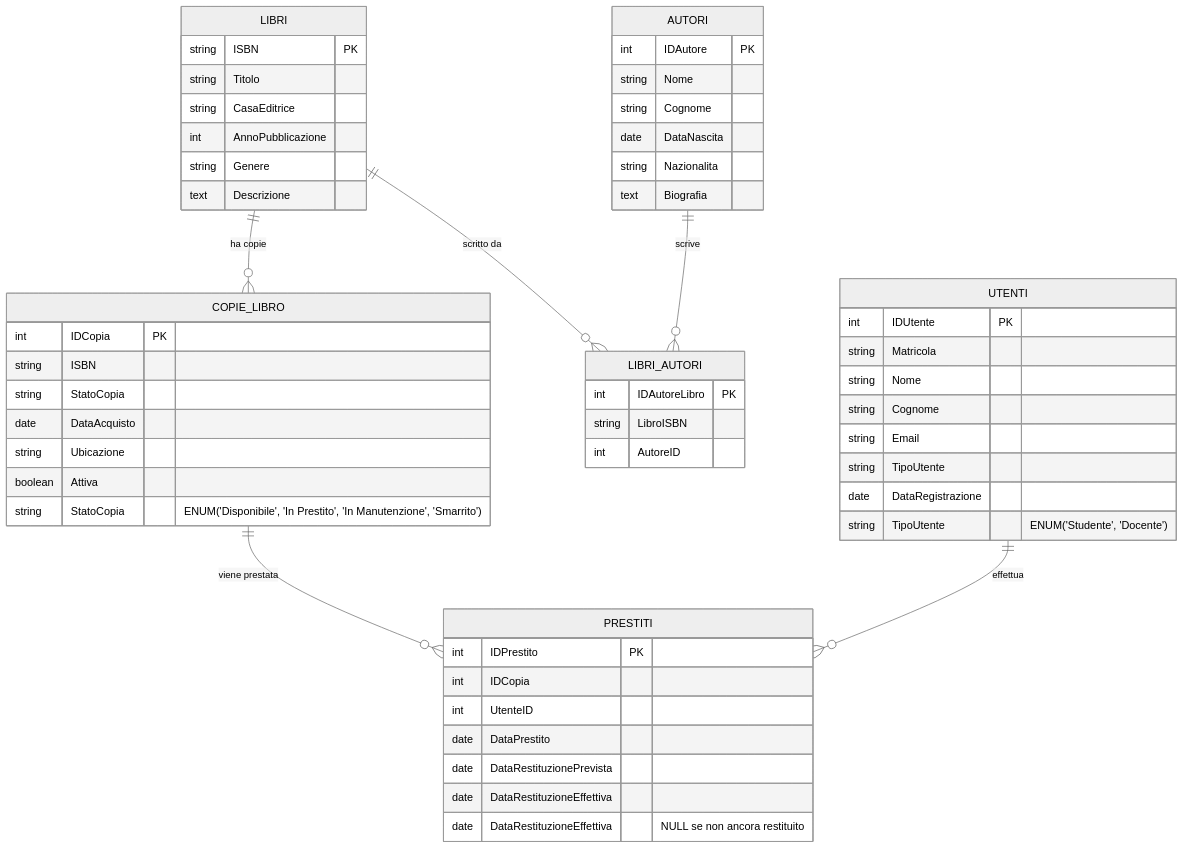
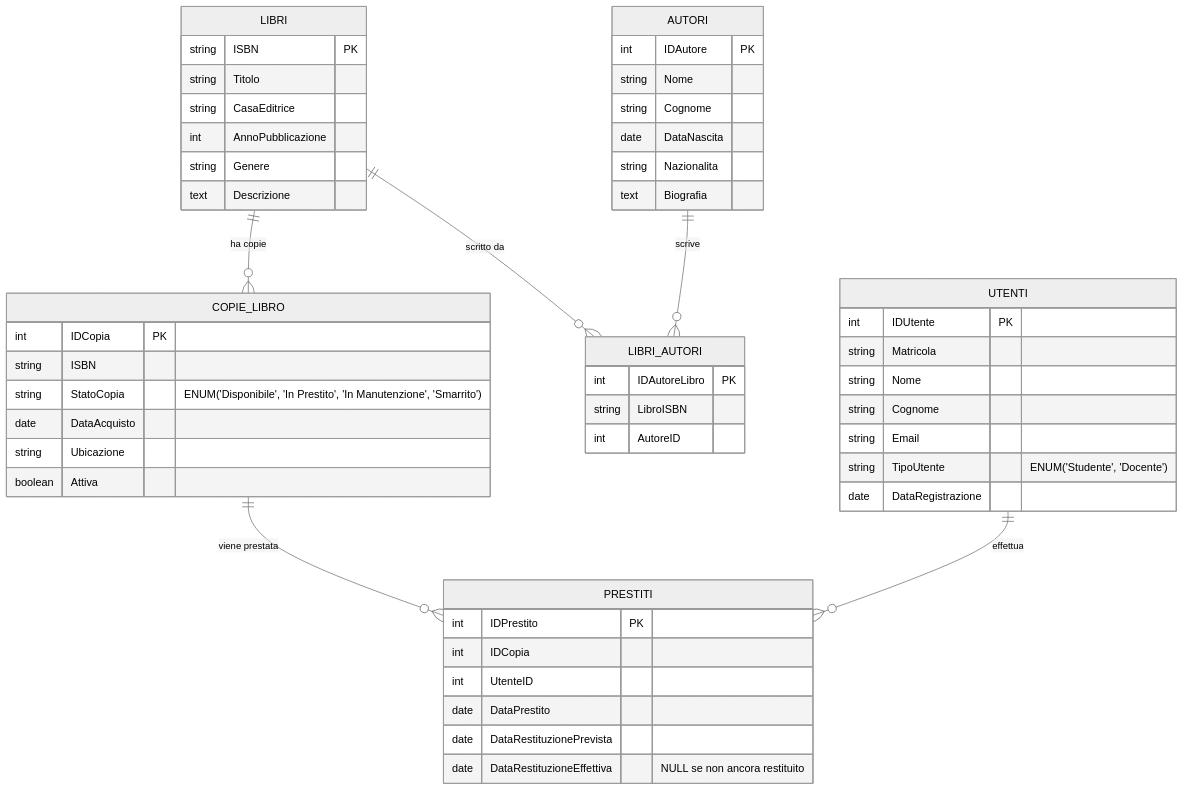
One commit to GreppiDev/Info5IA2425WebDev changed the diagram in sql/sql-docs/sql-cumulative-exercize-1/index.md. Above: the diagram before and after it, drawn with Mermaid (neutral theme). The commit also changed other lines of this file and 2 other files, not shown here.

Commit message:
Piccoli cambiamenti editoriali ai mermaid

````diff
--- a/sql/sql-docs/sql-cumulative-exercize-1/index.md
+++ b/sql/sql-docs/sql-cumulative-exercize-1/index.md
@@ -43,73 +43,62 @@
 ```mermaid
 erDiagram
     AUTORI {
         int IDAutore PK
         string Nome
         string Cognome
         date DataNascita
         string Nazionalita
         text Biografia
     }
     
     LIBRI {
         string ISBN PK
         string Titolo
         string CasaEditrice
         int AnnoPubblicazione
         string Genere
         text Descrizione
     }
     
     COPIE_LIBRO {
         int IDCopia PK
         string ISBN
-        string StatoCopia
+        string StatoCopia "ENUM('Disponibile', 'In Prestito', 'In Manutenzione', 'Smarrito')"
         date DataAcquisto
         string Ubicazione
         boolean Attiva
     }
     
     LIBRI_AUTORI {
         int IDAutoreLibro PK
         string LibroISBN
         int AutoreID
     }
     
     UTENTI {
         int IDUtente PK
         string Matricola
         string Nome
         string Cognome
         string Email
-        string TipoUtente
+        string TipoUtente "ENUM('Studente', 'Docente')"
         date DataRegistrazione
     }
     
     PRESTITI {
         int IDPrestito PK
         int IDCopia
         int UtenteID
         date DataPrestito
         date DataRestituzionePrevista
-        date DataRestituzioneEffettiva
+        date DataRestituzioneEffettiva "NULL se non ancora restituito"
     }
     
     %% Relazioni
     LIBRI ||--o{ COPIE_LIBRO : "ha copie"
     LIBRI ||--o{ LIBRI_AUTORI : "scritto da"
     AUTORI ||--o{ LIBRI_AUTORI : "scrive"
     COPIE_LIBRO ||--o{ PRESTITI : "viene prestata"
     UTENTI ||--o{ PRESTITI : "effettua"
-      %% Note sui vincoli principali
-    COPIE_LIBRO {
-        string StatoCopia "ENUM('Disponibile', 'In Prestito', 'In Manutenzione', 'Smarrito')"
-    }
-    
-    UTENTI {
-        string TipoUtente "ENUM('Studente', 'Docente')"
-    }
-    
-    PRESTITI {
-        date DataRestituzioneEffettiva "NULL se non ancora restituito"
-    }
+      
 ```
````
